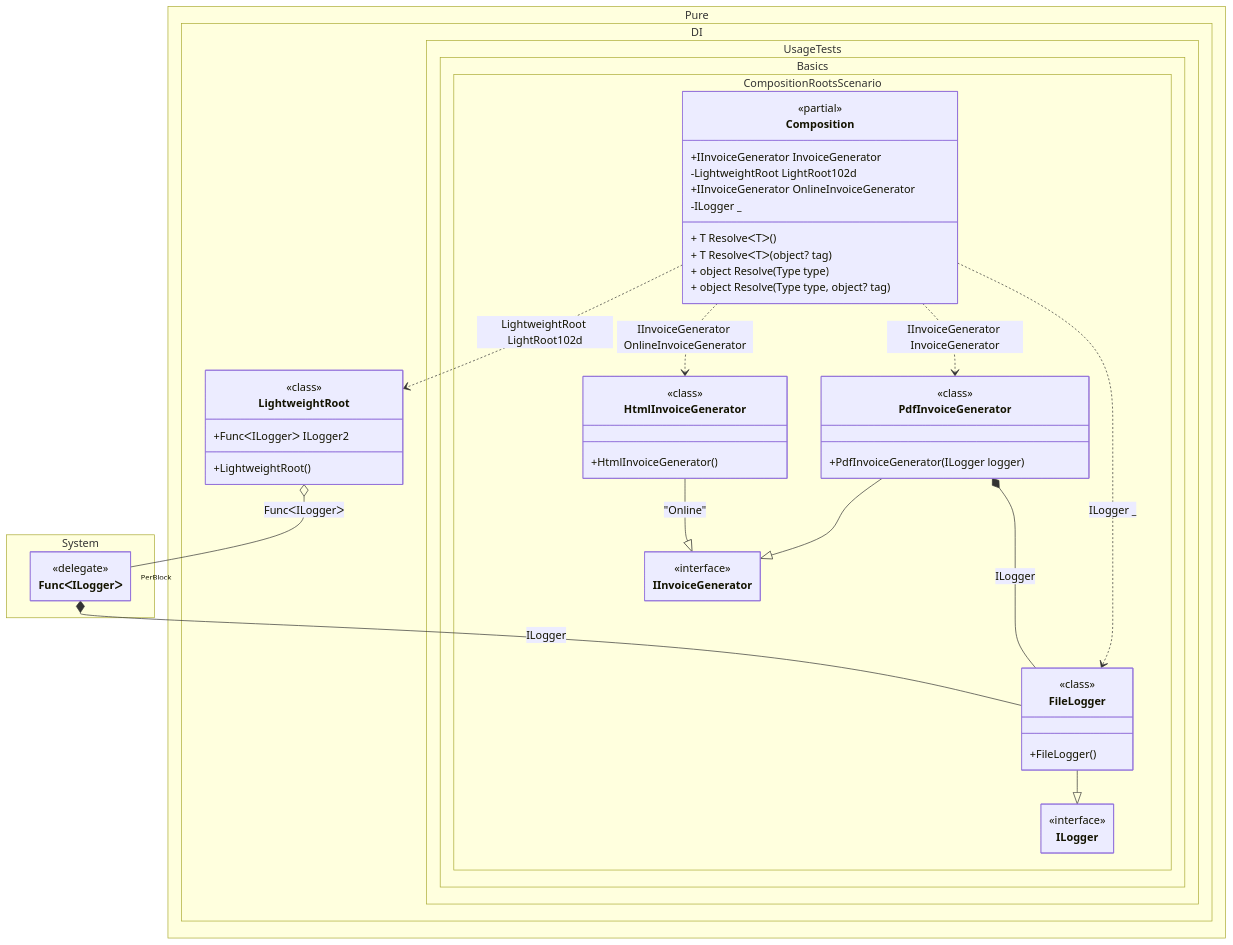
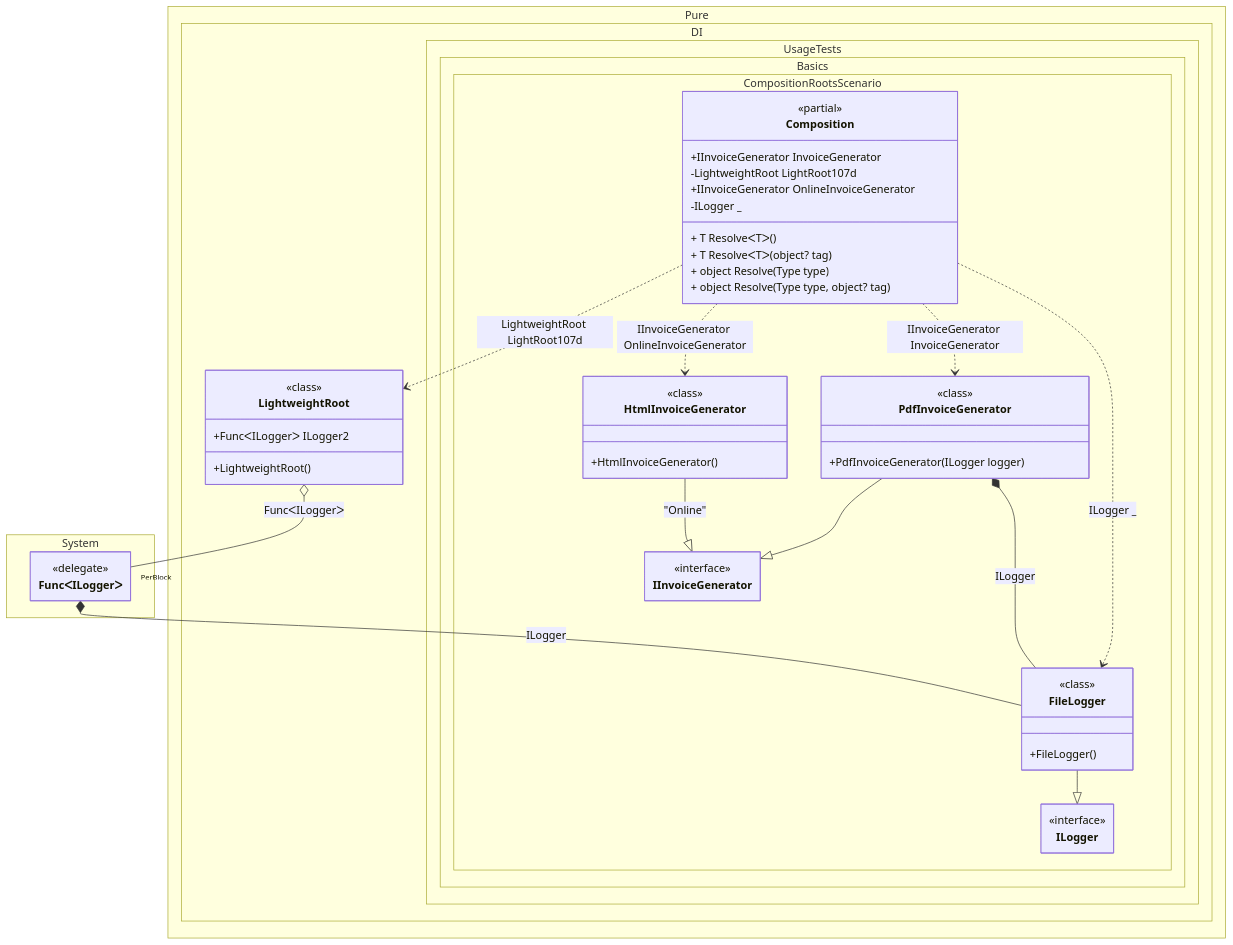
The diagram in readme/composition-roots.md (DevTeam/Pure.DI), drawn with Mermaid before and after one commit. The commit also changed 19 other files, not shown here.

````diff
--- a/readme/composition-roots.md
+++ b/readme/composition-roots.md
@@ -324,63 +324,63 @@
 ```mermaid
 ---
  config:
   maxTextSize: 2147483647
   maxEdges: 2147483647
   class:
    hideEmptyMembersBox: true
 ---
 classDiagram
 	PdfInvoiceGenerator --|> IInvoiceGenerator
 	HtmlInvoiceGenerator --|> IInvoiceGenerator : "Online" 
 	FileLogger --|> ILogger
-	Composition ..> LightweightRoot : LightweightRoot LightRoot102d
+	Composition ..> LightweightRoot : LightweightRoot LightRoot107d
 	Composition ..> HtmlInvoiceGenerator : IInvoiceGenerator OnlineInvoiceGenerator
 	Composition ..> FileLogger : ILogger _
 	Composition ..> PdfInvoiceGenerator : IInvoiceGenerator InvoiceGenerator
 	PdfInvoiceGenerator *--  FileLogger : ILogger
 	LightweightRoot o-- "PerBlock" FuncᐸILoggerᐳ : FuncᐸILoggerᐳ
 	FuncᐸILoggerᐳ *--  FileLogger : ILogger
 	namespace Pure.DI {
 		class LightweightRoot {
 				<<class>>
 			+LightweightRoot()
 			+FuncᐸILoggerᐳ ILogger2
 		}
 	}
 	namespace Pure.DI.UsageTests.Basics.CompositionRootsScenario {
 		class Composition {
 		<<partial>>
 		+IInvoiceGenerator InvoiceGenerator
-		-LightweightRoot LightRoot102d
+		-LightweightRoot LightRoot107d
 		+IInvoiceGenerator OnlineInvoiceGenerator
 		-ILogger _
 		+ T ResolveᐸTᐳ()
 		+ T ResolveᐸTᐳ(object? tag)
 		+ object Resolve(Type type)
 		+ object Resolve(Type type, object? tag)
 		}
 		class FileLogger {
 				<<class>>
 			+FileLogger()
 		}
 		class HtmlInvoiceGenerator {
 				<<class>>
 			+HtmlInvoiceGenerator()
 		}
 		class IInvoiceGenerator {
 			<<interface>>
 		}
 		class ILogger {
 			<<interface>>
 		}
 		class PdfInvoiceGenerator {
 				<<class>>
 			+PdfInvoiceGenerator(ILogger logger)
 		}
 	}
 	namespace System {
 		class FuncᐸILoggerᐳ {
 				<<delegate>>
 		}
 	}
 ```
````
